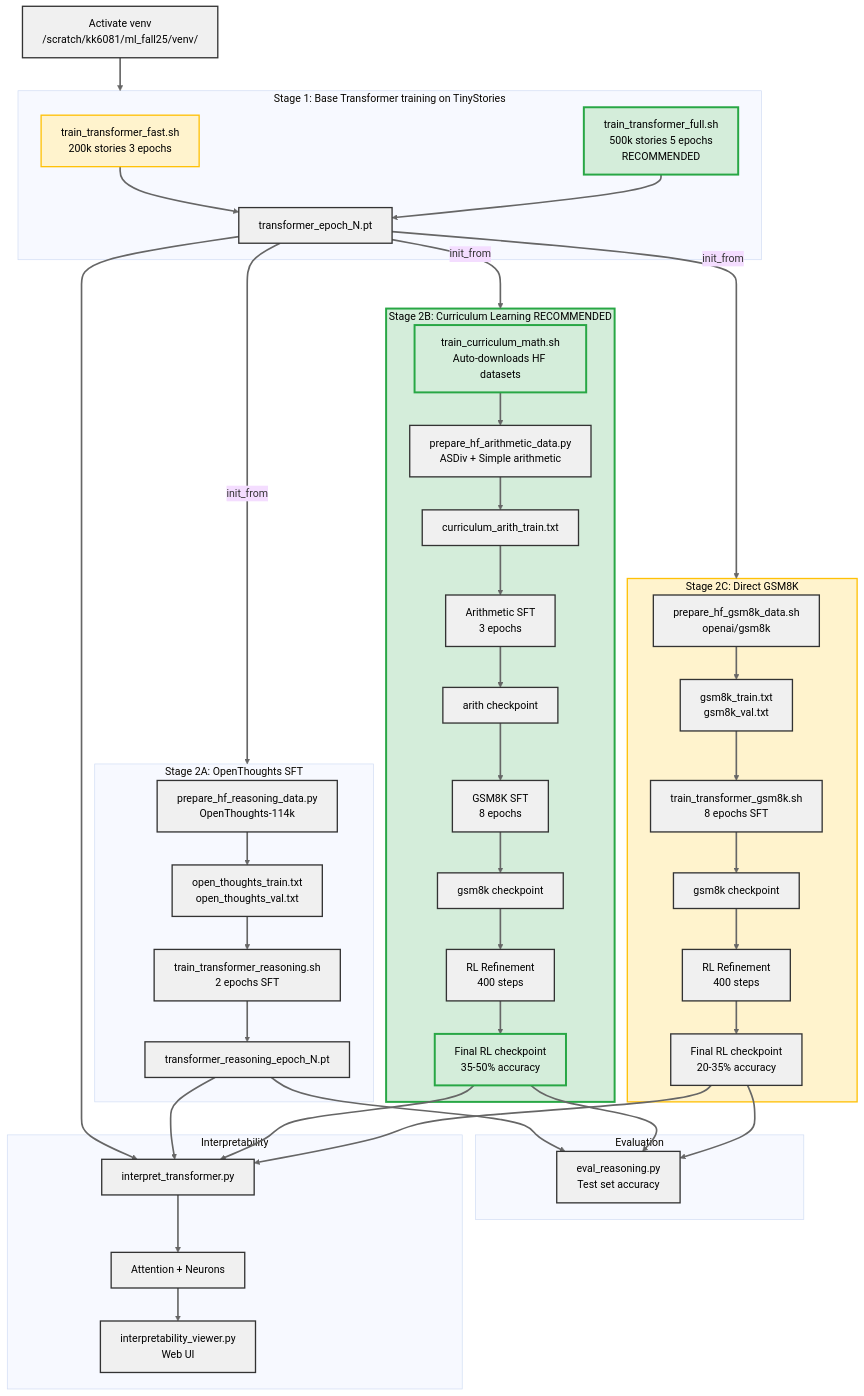
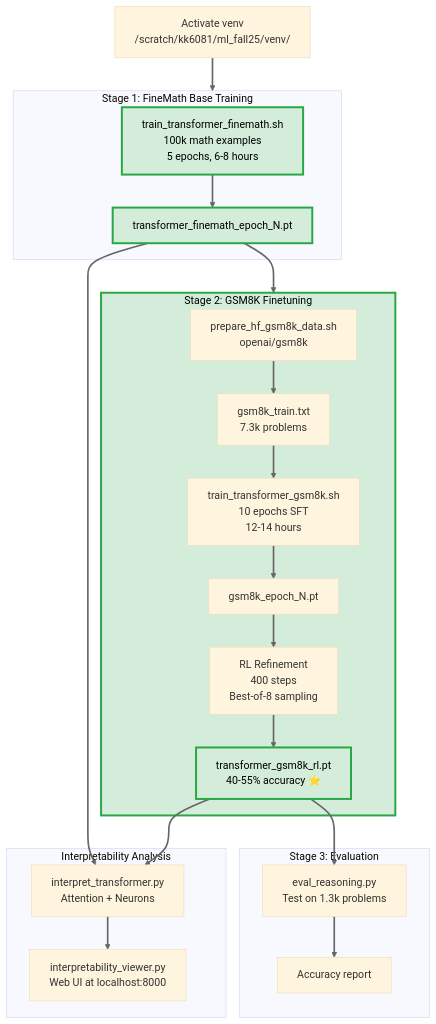
One commit to FruitPnchSamuraiG/pico-llm changed the diagram in README.md. Above: the diagram before and after it, drawn with Mermaid (base theme). The commit also changed other lines of this file and 11 other files, not shown here.

````diff
--- a/README.md
+++ b/README.md
@@ -10,69 +10,40 @@
 ```mermaid
 flowchart TD
   VENV[Activate venv<br/>/scratch/kk6081/ml_fall25/venv/] --> BASE
 
-  subgraph BASE["Stage 1: Base Transformer training on TinyStories"]
-    TFAST[train_transformer_fast.sh<br/>200k stories 3 epochs]
-    TFULL[train_transformer_full.sh<br/>500k stories 5 epochs<br/>RECOMMENDED]
-    TFAST --> CKPT1[transformer_epoch_N.pt]
-    TFULL --> CKPT1
+  subgraph BASE["Stage 1: FineMath Base Training"]
+    FINEMATH[train_transformer_finemath.sh<br/>100k math examples<br/>5 epochs, 6-8 hours]
+    FINEMATH --> CKPT[transformer_finemath_epoch_N.pt]
   end
 
-  CKPT1 -->|init_from| OT
-  CKPT1 -->|init_from| CURR
-  CKPT1 -->|init_from| GSM
+  CKPT --> GSM
 
-  subgraph OT["Stage 2A: OpenThoughts SFT"]
-    OTDATA[prepare_hf_reasoning_data.py<br/>OpenThoughts-114k] --> OTFILES[open_thoughts_train.txt<br/>open_thoughts_val.txt]
-    OTFILES --> OTSFT[train_transformer_reasoning.sh<br/>2 epochs SFT]
-    OTSFT --> OTCKPT[transformer_reasoning_epoch_N.pt]
+  subgraph GSM["Stage 2: GSM8K Finetuning"]
+    PREP[prepare_hf_gsm8k_data.sh<br/>openai/gsm8k] --> FILES[gsm8k_train.txt<br/>7.3k problems]
+    FILES --> SFT[train_transformer_gsm8k.sh<br/>10 epochs SFT<br/>12-14 hours]
+    SFT --> SFTCKPT[gsm8k_epoch_N.pt]
+    SFTCKPT --> RL[RL Refinement<br/>400 steps<br/>Best-of-8 sampling]
+    RL --> FINAL[transformer_gsm8k_rl.pt<br/>40-55% accuracy ⭐]
   end
 
-  subgraph CURR["Stage 2B: Curriculum Learning RECOMMENDED"]
-    CURRSTART[train_curriculum_math.sh<br/>Auto-downloads HF datasets]
-    CURRSTART --> ARITHDATA[prepare_hf_arithmetic_data.py<br/>ASDiv + Simple arithmetic]
-    ARITHDATA --> ARITHFILES[curriculum_arith_train.txt]
-    ARITHFILES --> ARITHSFT[Arithmetic SFT<br/>3 epochs]
-    ARITHSFT --> ARITHCKPT[arith checkpoint]
-    ARITHCKPT --> CURRGSM[GSM8K SFT<br/>8 epochs]
-    CURRGSM --> CURRGSMCKPT[gsm8k checkpoint]
-    CURRGSMCKPT --> CURRRL[RL Refinement<br/>400 steps]
-    CURRRL --> CURRCKPT[Final RL checkpoint<br/>35-50% accuracy]
+  subgraph EVAL["Stage 3: Evaluation"]
+    E1[eval_reasoning.py<br/>Test on 1.3k problems]
+    E1 --> RESULTS[Accuracy report]
   end
 
-  subgraph GSM["Stage 2C: Direct GSM8K"]
-    GSM_PREP[prepare_hf_gsm8k_data.sh<br/>openai/gsm8k] --> GSMFILES[gsm8k_train.txt<br/>gsm8k_val.txt]
-    GSMFILES --> GSMSFT[train_transformer_gsm8k.sh<br/>8 epochs SFT]
-    GSMSFT --> GSMCKPT[gsm8k checkpoint]
-    GSMCKPT --> GSMRL[RL Refinement<br/>400 steps]
-    GSMRL --> RLCKPT[Final RL checkpoint<br/>20-35% accuracy]
+  FINAL --> E1
+
+  subgraph INTERP["Interpretability Analysis"]
+    IT[interpret_transformer.py<br/>Attention + Neurons]
+    IT --> VIEW[interpretability_viewer.py<br/>Web UI at localhost:8000]
   end
 
-  subgraph EVAL["Evaluation"]
-    E1[eval_reasoning.py<br/>Test set accuracy]
-  end
-
-  OTCKPT --> E1
-  CURRCKPT --> E1
-  RLCKPT --> E1
-
-  subgraph INTERP["Interpretability"]
-    IT[interpret_transformer.py]
-    IT --> IOUT[Attention + Neurons]
-    IOUT --> VIEW[interpretability_viewer.py<br/>Web UI]
-  end
-
-  CKPT1 --> IT
-  OTCKPT --> IT
-  CURRCKPT --> IT
-  RLCKPT --> IT
+  CKPT --> IT
+  FINAL --> IT
 
   classDef recommended fill:#d4edda,stroke:#28a745,stroke-width:3px,color:#000
-  classDef warning fill:#fff3cd,stroke:#ffc107,stroke-width:2px,color:#000
-  classDef default fill:#f0f0f0,stroke:#333,stroke-width:2px,color:#000
   
-  class CURR,TFULL,CURRSTART,CURRCKPT recommended
-  class TFAST,GSM warning
+  class FINEMATH,CKPT,GSM,FINAL recommended
   
   linkStyle default stroke:#666,stroke-width:2.5px
 ```
````
